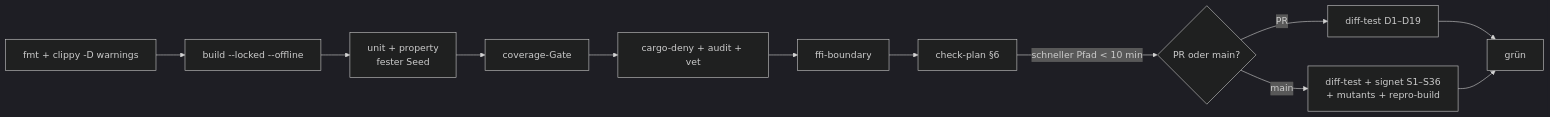
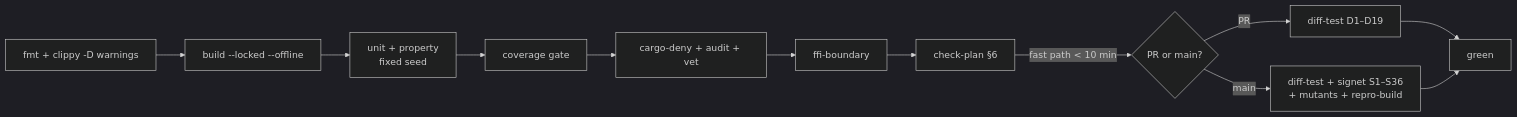
Before and after one commit to joshuakrueger-dfx/Bitcoin-Trinity: the diagram in docs/TESTING.md, drawn with Mermaid (dark theme). The commit also changed other lines of this file and 28 other files, not shown here.

````diff
--- a/docs/TESTING.md
+++ b/docs/TESTING.md
@@ -187,14 +187,14 @@
 ```mermaid
 flowchart LR
     A["fmt + clippy -D warnings"] --> B["build --locked --offline"]
-    B --> C["unit + property<br/>fester Seed"]
-    C --> D["coverage-Gate"]
+    B --> C["unit + property<br/>fixed seed"]
+    C --> D["coverage gate"]
     D --> E["cargo-deny + audit + vet"]
     E --> F["ffi-boundary"]
     F --> G["check-plan §6"]
-    G -->|"schneller Pfad < 10 min"| H{"PR oder main?"}
+    G -->|"fast path < 10 min"| H{"PR or main?"}
     H -->|PR| I["diff-test D1–D19"]
     H -->|main| J["diff-test + signet S1–S36<br/>+ mutants + repro-build"]
-    I --> K["grün"]
+    I --> K["green"]
     J --> K
 ```
````
